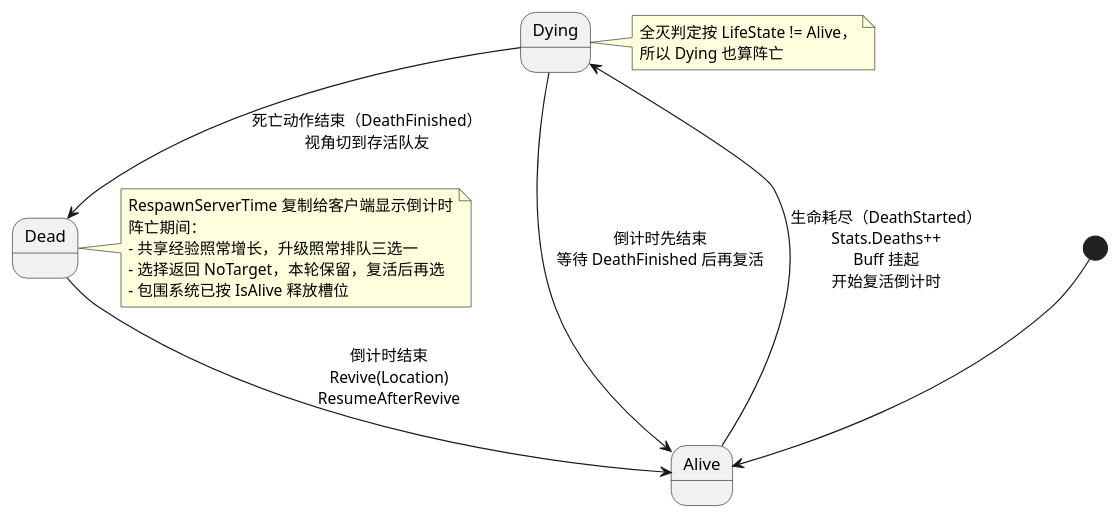
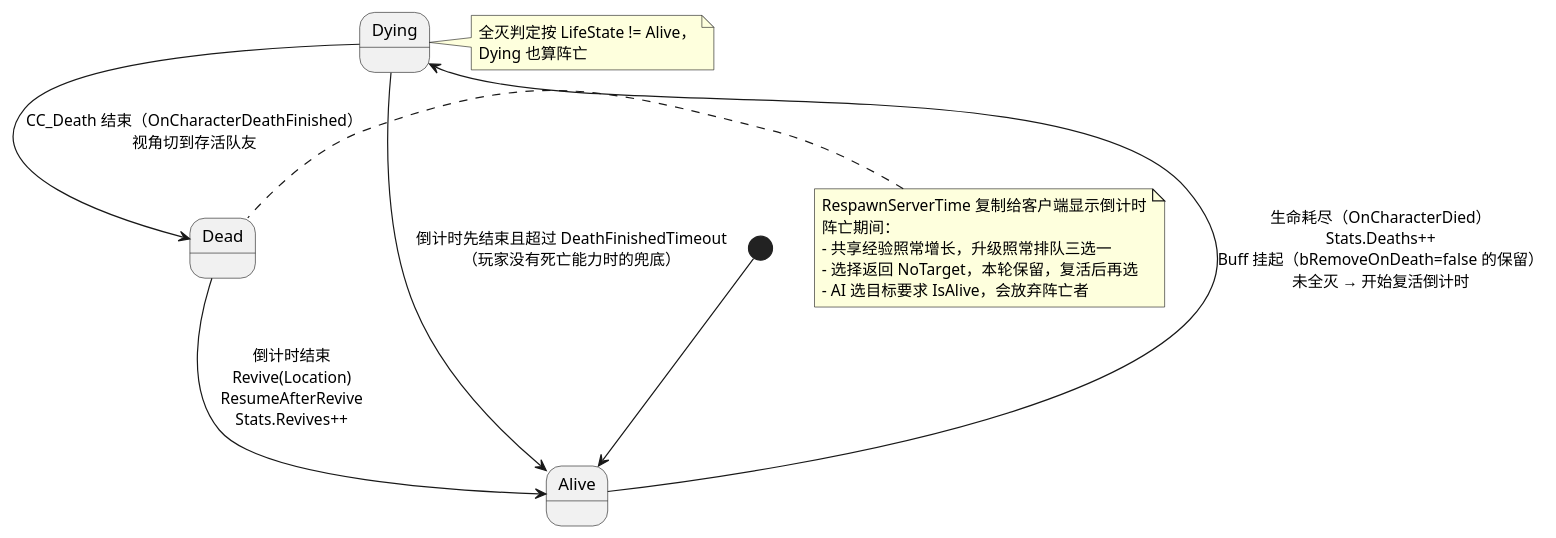
Before and after one commit to peng984251536/GAS_Demo: the sixth of 11 diagrams in Docs/SurvivalMode.zh-CN.md, drawn with PlantUML. The commit also changed other lines of this file and 141 other files, not shown here.

````diff
--- a/Docs/SurvivalMode.zh-CN.md
+++ b/Docs/SurvivalMode.zh-CN.md
@@ -536,24 +570,24 @@
 ```plantuml
 @startuml 玩家生命状态
 skinparam shadowing false
 skinparam defaultFontName "Microsoft YaHei"
 
 [*] --> Alive
-Alive --> Dying : 生命耗尽（DeathStarted）\nStats.Deaths++\nBuff 挂起\n开始复活倒计时
-Dying --> Dead : 死亡动作结束（DeathFinished）\n视角切到存活队友
-Dead --> Alive : 倒计时结束\nRevive(Location)\nResumeAfterRevive
-Dying --> Alive : 倒计时先结束\n等待 DeathFinished 后再复活
+Alive --> Dying : 生命耗尽（OnCharacterDied）\nStats.Deaths++\nBuff 挂起（bRemoveOnDeath=false 的保留）\n未全灭 → 开始复活倒计时
+Dying --> Dead : CC_Death 结束（OnCharacterDeathFinished）\n视角切到存活队友
+Dead --> Alive : 倒计时结束\nRevive(Location)\nResumeAfterRevive\nStats.Revives++
+Dying --> Alive : 倒计时先结束且超过 DeathFinishedTimeout\n（玩家没有死亡能力时的兜底）
 
 note right of Dying
   全灭判定按 LifeState != Alive，
-  所以 Dying 也算阵亡
+  Dying 也算阵亡
 end note
-note right of Dead
+note left of Dead
   RespawnServerTime 复制给客户端显示倒计时
   阵亡期间：
   - 共享经验照常增长，升级照常排队三选一
   - 选择返回 NoTarget，本轮保留，复活后再选
-  - 包围系统已按 IsAlive 释放槽位
+  - AI 选目标要求 IsAlive，会放弃阵亡者
 end note
 @enduml
 ```
````
